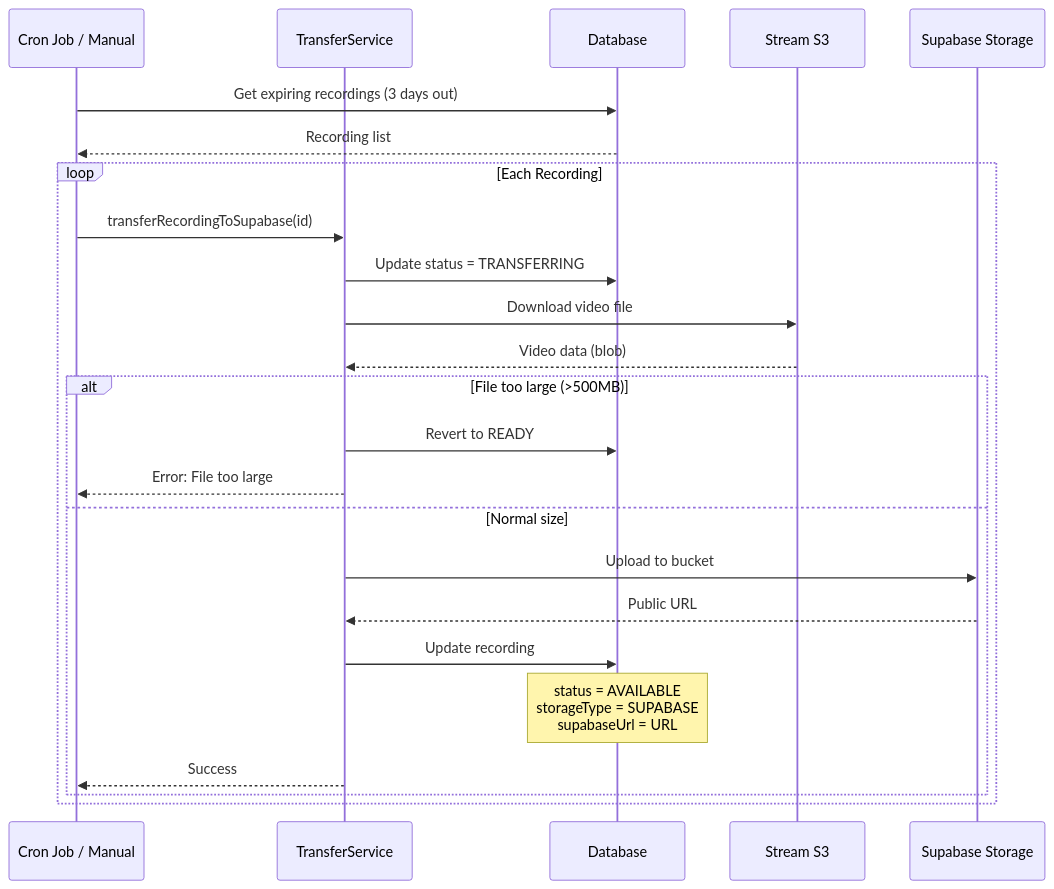
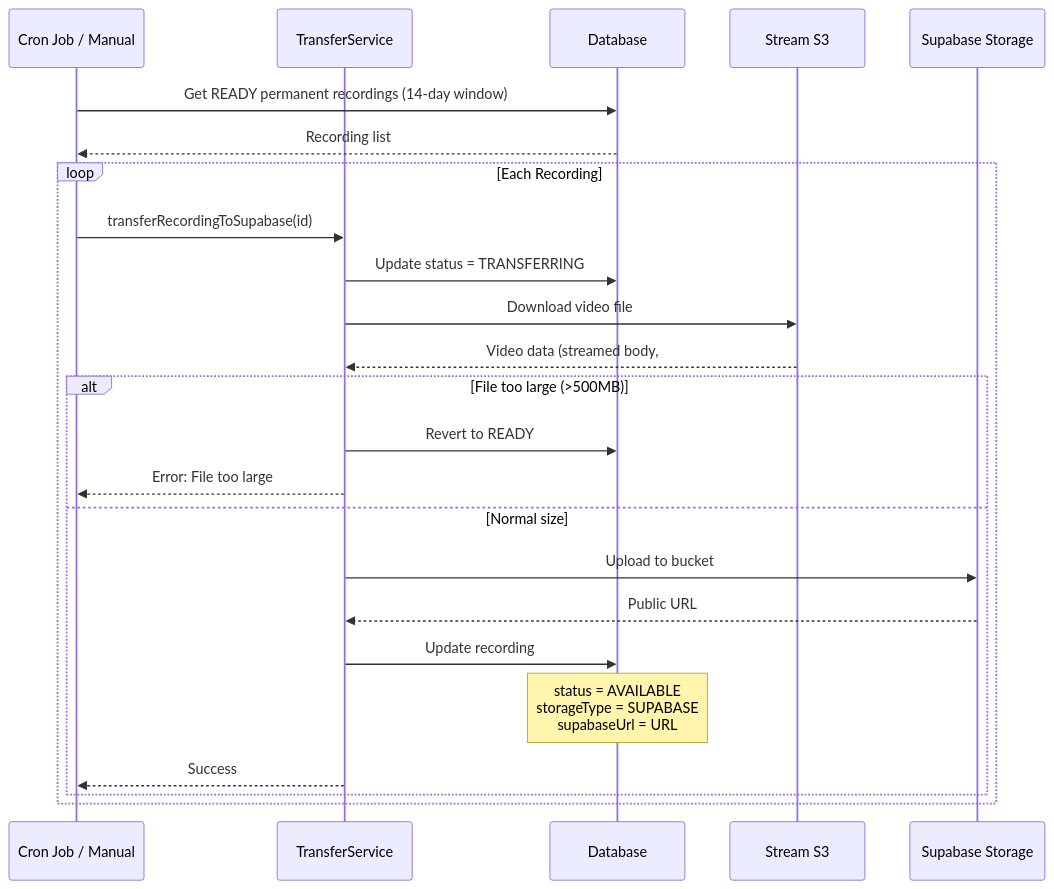
One commit to Practitionist/familiarise_web changed the seventh of 7 diagrams in docs/stream/13-recording-webhooks.md. Above: the diagram before and after it, drawn with Mermaid. The commit also changed other lines of this file and 6 other files, not shown here.

First line of the commit message:
fix(stream): enqueue permanent-recording transfer on ready, stream uploads, delete objects on retention

````diff
--- a/docs/stream/13-recording-webhooks.md
+++ b/docs/stream/13-recording-webhooks.md
@@ -489,31 +489,31 @@
 ```mermaid
 sequenceDiagram
     participant Cron as Cron Job / Manual
     participant Transfer as TransferService
     participant DB as Database
     participant Stream as Stream S3
     participant Supa as Supabase Storage
 
-    Cron->>DB: Get expiring recordings (3 days out)
+    Cron->>DB: Get READY permanent recordings (14-day window)
     DB-->>Cron: Recording list
 
     loop Each Recording
         Cron->>Transfer: transferRecordingToSupabase(id)
         Transfer->>DB: Update status = TRANSFERRING
 
         Transfer->>Stream: Download video file
-        Stream-->>Transfer: Video data (blob)
+        Stream-->>Transfer: Video data (streamed body, #899)
 
         alt File too large (>500MB)
             Transfer->>DB: Revert to READY
             Transfer-->>Cron: Error: File too large
         else Normal size
             Transfer->>Supa: Upload to bucket
             Supa-->>Transfer: Public URL
 
             Transfer->>DB: Update recording
             Note over DB: status = AVAILABLE<br/>storageType = SUPABASE<br/>supabaseUrl = URL
             Transfer-->>Cron: Success
         end
     end
 ```
````
